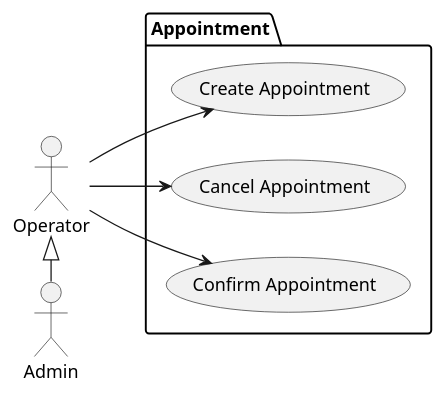
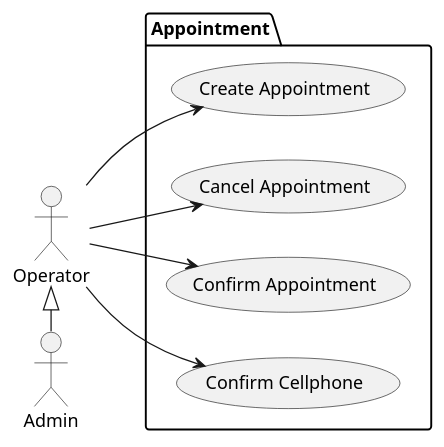
One commit to MichaelDouglasLima/appointment-conception changed the diagram in docs/use-cases.puml. Above: the diagram before and after it, drawn with PlantUML.

Commit message:
confirm cellphone

```diff
--- a/docs/use-cases.puml
+++ b/docs/use-cases.puml
@@ -1,19 +1,21 @@
 @startuml "use-cases"
 left to right direction
 
 actor Operator as o
 actor Admin as a
 
 package Appointment {
     usecase "Create Appointment" as UC1
     usecase "Cancel Appointment" as UC2
     usecase "Confirm Appointment" as UC3
+    usecase "Confirm Cellphone" as UC4
 }
 
 o <|-right- a
 
 o --> UC1
 o --> UC2
 o --> UC3
+o --> UC4
 
 @enduml
```
